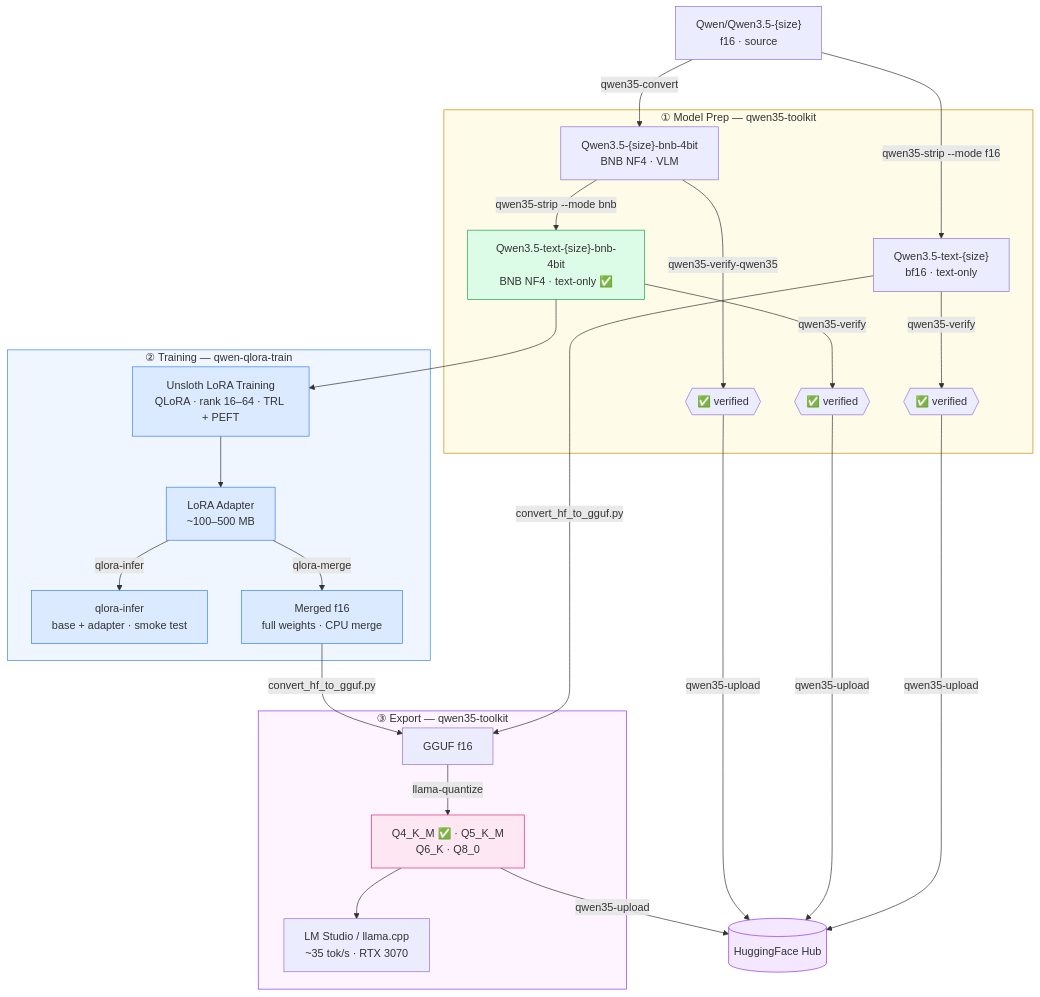
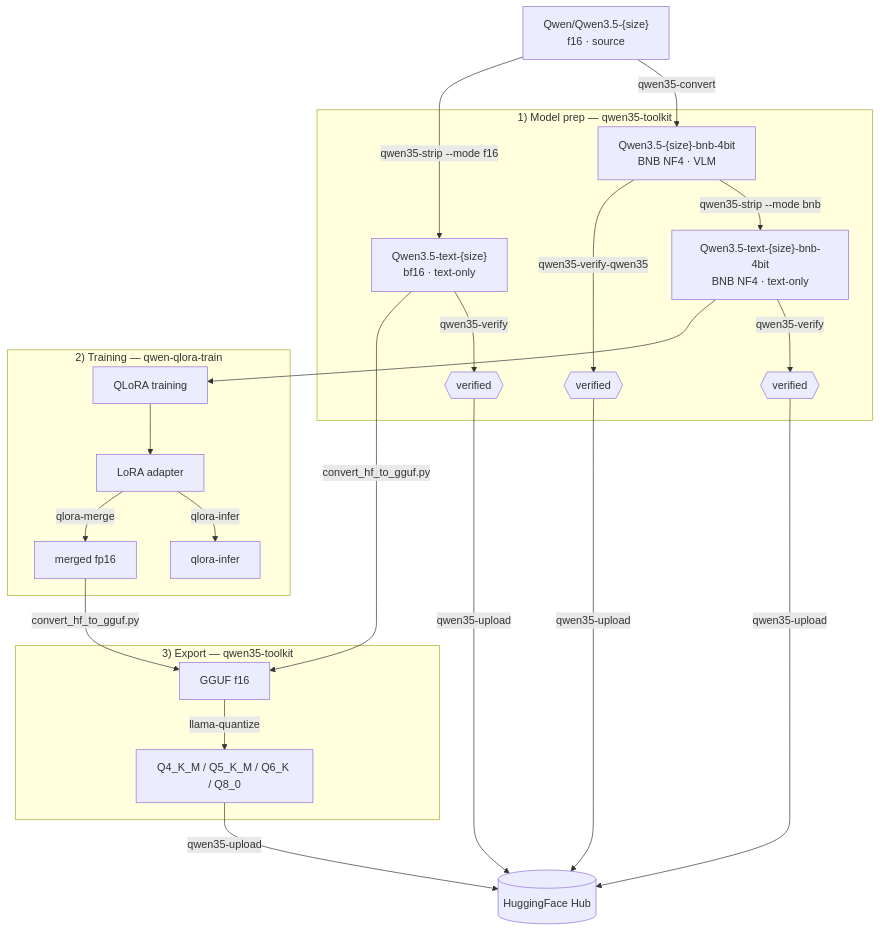
The diagram in docs/training-pipeline.md (techwithsergiu/qwen-qlora-train), drawn with Mermaid before and after one commit. The commit also changed other lines of this file and 13 other files, not shown here.

````diff
--- a/docs/training-pipeline.md
+++ b/docs/training-pipeline.md
@@ -9,59 +30,45 @@
 ```mermaid
 flowchart TD
     SRC["Qwen/Qwen3.5-{size}<br/>f16 · source"]
 
-    subgraph PREP ["① Model Prep — qwen35-toolkit"]
+    subgraph PREP ["1) Model prep — qwen35-toolkit"]
         BNBVLM["Qwen3.5-{size}-bnb-4bit<br/>BNB NF4 · VLM"]
-        TEXTBNB["Qwen3.5-text-{size}-bnb-4bit<br/>BNB NF4 · text-only ✅"]
-        V1{{"✅ verified"}}
-        V3{{"✅ verified"}}
+        TEXTBNB["Qwen3.5-text-{size}-bnb-4bit<br/>BNB NF4 · text-only"]
+        V1{{"verified"}}
+        V3{{"verified"}}
         BNBVLM -->|"qwen35-strip --mode bnb"| TEXTBNB
         BNBVLM -->|"qwen35-verify-qwen35"| V1
         TEXTBNB -->|"qwen35-verify"| V3
         TEXTF16["Qwen3.5-text-{size}<br/>bf16 · text-only"]
-        V2{{"✅ verified"}}
+        V2{{"verified"}}
         TEXTF16 -->|"qwen35-verify"| V2
     end
 
-    subgraph TRAIN_PHASE ["② Training — qwen-qlora-train"]
-        TRAIN["Unsloth LoRA Training<br/>QLoRA · rank 16–64 · TRL + PEFT"]
-        ADAPTER["LoRA Adapter<br/>~100–500 MB"]
-        INFER2["qlora-infer<br/>base + adapter · smoke test"]
-        MERGED["Merged f16<br/>full weights · CPU merge"]
+    subgraph TRAIN_PHASE ["2) Training — qwen-qlora-train"]
+        TRAIN["QLoRA training"]
+        ADAPTER["LoRA adapter"]
+        INFER2["qlora-infer"]
+        MERGED["merged fp16"]
         TRAIN --> ADAPTER
         ADAPTER -->|"qlora-infer"| INFER2
         ADAPTER -->|"qlora-merge"| MERGED
     end
 
-    subgraph EXPORT ["③ Export — qwen35-toolkit"]
+    subgraph EXPORT ["3) Export — qwen35-toolkit"]
         GGUFT["GGUF f16"]
-        QUANT["Q4_K_M ✅ · Q5_K_M<br/>Q6_K · Q8_0"]
-        INFER["LM Studio / llama.cpp<br/>~35 tok/s · RTX 3070"]
+        QUANT["Q4_K_M / Q5_K_M / Q6_K / Q8_0"]
         GGUFT -->|"llama-quantize"| QUANT
-        QUANT --> INFER
     end
 
     HUB[("HuggingFace Hub")]
 
     SRC -->|"qwen35-convert"| BNBVLM
     SRC -->|"qwen35-strip --mode f16"| TEXTF16
+    TEXTBNB --> TRAIN
+    MERGED -->|"convert_hf_to_gguf.py"| GGUFT
+    TEXTF16 -->|"convert_hf_to_gguf.py"| GGUFT
     V1 -->|"qwen35-upload"| HUB
     V3 -->|"qwen35-upload"| HUB
-    TEXTBNB --> TRAIN
-    MERGED -->|"convert_hf_to_gguf.py"| GGUFT
     V2 -->|"qwen35-upload"| HUB
-    TEXTF16 -->|"convert_hf_to_gguf.py"| GGUFT
     QUANT -->|"qwen35-upload"| HUB
-
-    style PREP        fill:#fefce8,stroke:#ca8a04
-    style TRAIN_PHASE fill:#eff6ff,stroke:#3b82f6
-    style EXPORT      fill:#fdf4ff,stroke:#9333ea
-
-    style TEXTBNB fill:#dcfce7,stroke:#16a34a
-    style TRAIN   fill:#dbeafe,stroke:#3b82f6
-    style ADAPTER fill:#dbeafe,stroke:#3b82f6
-    style MERGED  fill:#dbeafe,stroke:#3b82f6
-    style INFER2  fill:#dbeafe,stroke:#3b82f6
-    style QUANT   fill:#fce7f3,stroke:#db2777
-    style HUB     fill:#f3e8ff,stroke:#9333ea
 ```
````
